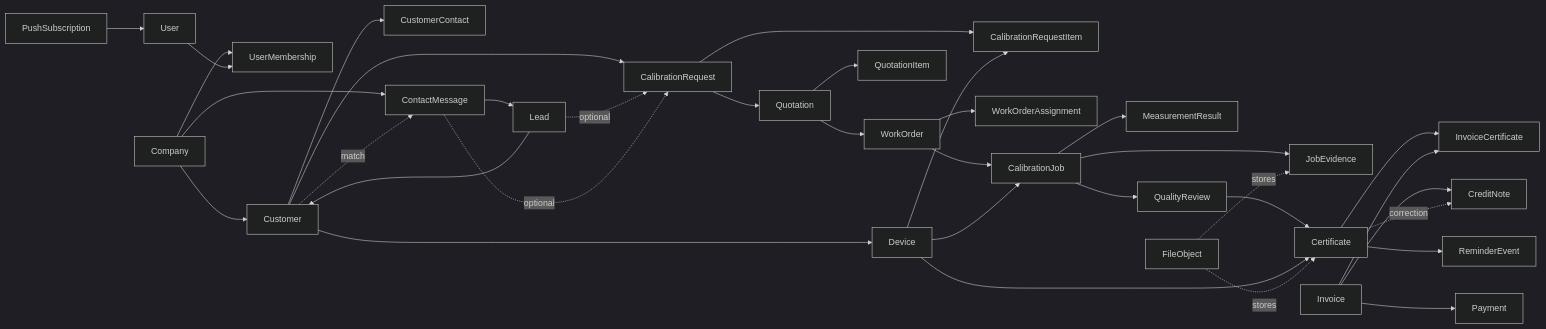
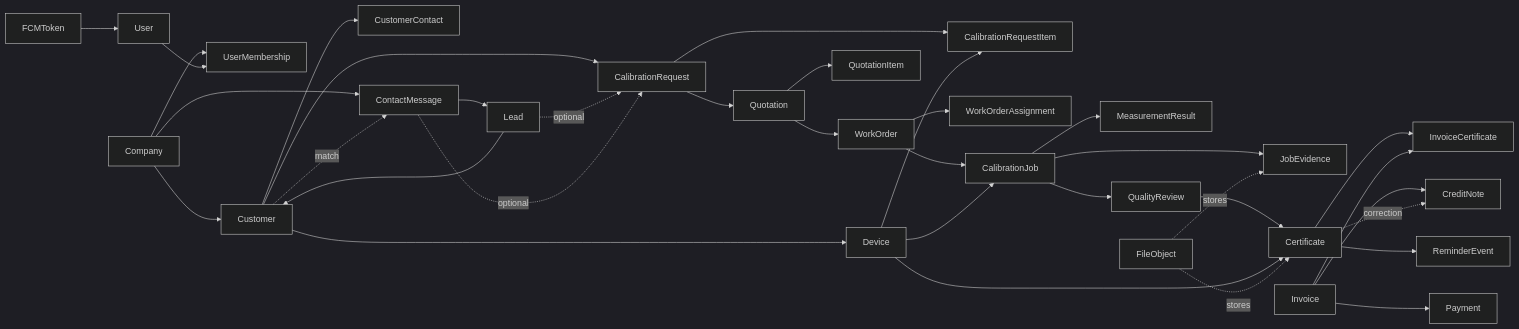
One commit to afrizahrp/medcal changed the second of 2 diagrams in docs/cursor/entity-catalog.md. Above: the diagram before and after it, drawn with Mermaid (dark theme). The commit also changed other lines of this file and 13 other files, not shown here.

````diff
--- a/docs/cursor/entity-catalog.md
+++ b/docs/cursor/entity-catalog.md
@@ -104,37 +105,37 @@
 ```mermaid
 flowchart LR
   Company --> UserMembership
   User --> UserMembership
   Company --> Customer
   Customer --> CustomerContact
   Company --> ContactMessage
   ContactMessage --> Lead
   Lead --> Customer
   Customer -.match.-> ContactMessage
   Customer --> Device
   Customer --> CalibrationRequest
   Lead -.optional.-> CalibrationRequest
   ContactMessage -.optional.-> CalibrationRequest
   CalibrationRequest --> CalibrationRequestItem
   Device --> CalibrationRequestItem
   CalibrationRequest --> Quotation
   Quotation --> QuotationItem
   Quotation --> WorkOrder
   WorkOrder --> WorkOrderAssignment
   WorkOrder --> CalibrationJob
   Device --> CalibrationJob
   CalibrationJob --> MeasurementResult
   CalibrationJob --> JobEvidence
   CalibrationJob --> QualityReview
   QualityReview --> Certificate
   Device --> Certificate
   Certificate --> InvoiceCertificate
   Invoice --> InvoiceCertificate
   Invoice --> Payment
   Invoice --> CreditNote
   Certificate -.correction.-> CreditNote
   Certificate --> ReminderEvent
   FileObject -.stores.-> Certificate
   FileObject -.stores.-> JobEvidence
-  PushSubscription --> User
+  FCMToken --> User
 ```
````
